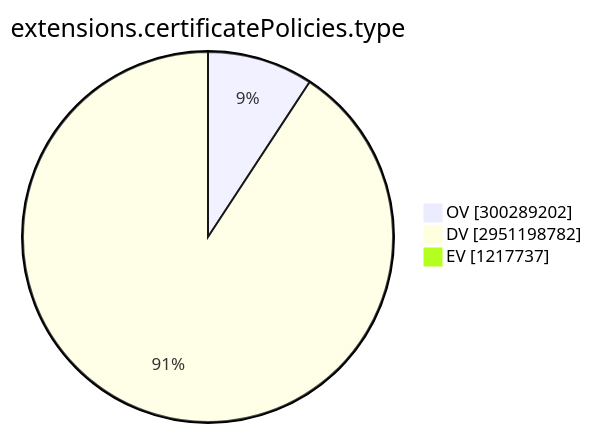
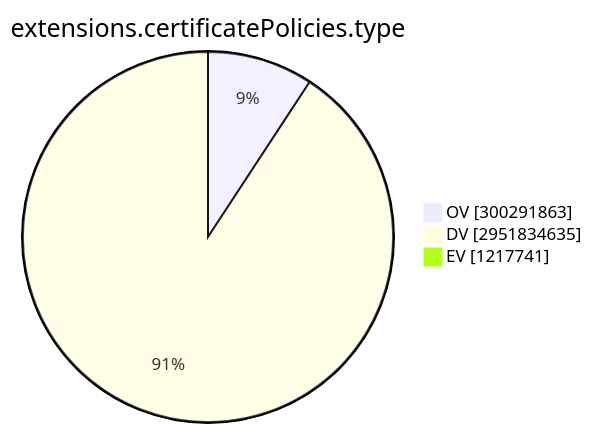
The ninth of 15 diagrams in TOTAL/README.md (christiankrug/ctmonitor_visualization), drawn with Mermaid before and after one commit. The commit also changed other lines of this file, not shown here.

````diff
--- a/TOTAL/README.md
+++ b/TOTAL/README.md
@@ -3101,7 +3101,7 @@
 ```mermaid
 pie showData
 title extensions.certificatePolicies.type
-"OV" :300289202
-"DV" :2951198782
-"EV" :1217737
+"OV" :300291863
+"DV" :2951834635
+"EV" :1217741
 ```
````
